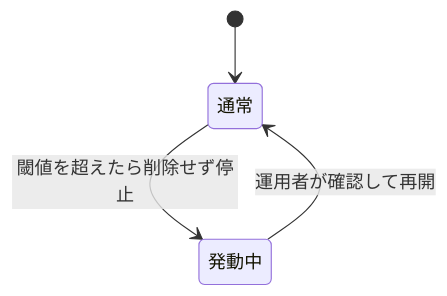
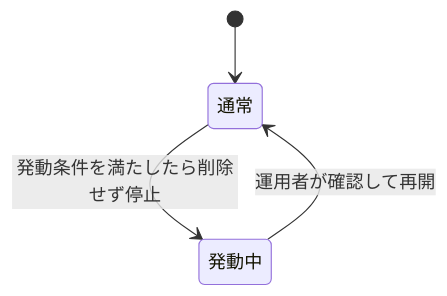
Before and after one commit to fetburner/rokuban: the first of 2 diagrams in docs/operations/alerts.md, drawn with Mermaid. The commit also changed other lines of this file and 20 other files, not shown here.

````diff
--- a/docs/operations/alerts.md
+++ b/docs/operations/alerts.md
@@ -57,6 +57,6 @@
 ```mermaid
 stateDiagram-v2
   [*] --> 通常
-  通常 --> 発動中: 閾値を超えたら削除せず停止
+  通常 --> 発動中: 発動条件を満たしたら削除せず停止
   発動中 --> 通常: 運用者が確認して再開
 ```
````
